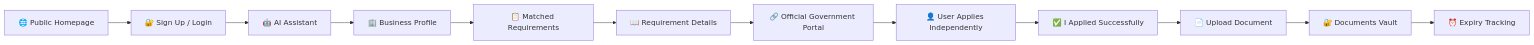
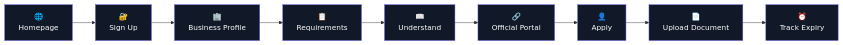
Before and after one commit to aryanbindal89/SmallBiz-AI: the first of 2 diagrams in README.md, drawn with Mermaid. The commit also changed other lines of this file, not shown here.

````diff
--- a/README.md
+++ b/README.md
@@ -160,14 +130,22 @@
 ```mermaid
 flowchart LR
-    A["🌐 Public Homepage"] --> B["🔐 Sign Up / Login"]
-    B --> C["🤖 AI Assistant"]
-    C --> D["🏢 Business Profile"]
-    D --> E["📋 Matched Requirements"]
-    E --> F["📖 Requirement Details"]
-    F --> G["🔗 Official Government Portal"]
-    G --> H["👤 User Applies Independently"]
-    H --> I["✅ I Applied Successfully"]
-    I --> J["📄 Upload Document"]
-    J --> K["🔐 Documents Vault"]
-    K --> L["⏰ Expiry Tracking"]
+
+    A["🌐<br/>Homepage"] --> B["🔐<br/>Sign Up"]
+    B --> C["🏢<br/>Business Profile"]
+    C --> D["📋<br/>Requirements"]
+    D --> E["📖<br/>Understand"]
+    E --> F["🔗<br/>Official Portal"]
+    F --> G["👤<br/>Apply"]
+    G --> H["📄<br/>Upload Document"]
+    H --> I["⏰<br/>Track Expiry"]
+
+    style A fill:#111827,stroke:#6366f1,color:#fff
+    style B fill:#111827,stroke:#6366f1,color:#fff
+    style C fill:#111827,stroke:#6366f1,color:#fff
+    style D fill:#111827,stroke:#6366f1,color:#fff
+    style E fill:#111827,stroke:#6366f1,color:#fff
+    style F fill:#111827,stroke:#6366f1,color:#fff
+    style G fill:#111827,stroke:#6366f1,color:#fff
+    style H fill:#111827,stroke:#6366f1,color:#fff
+    style I fill:#111827,stroke:#6366f1,color:#fff
 ```
````
